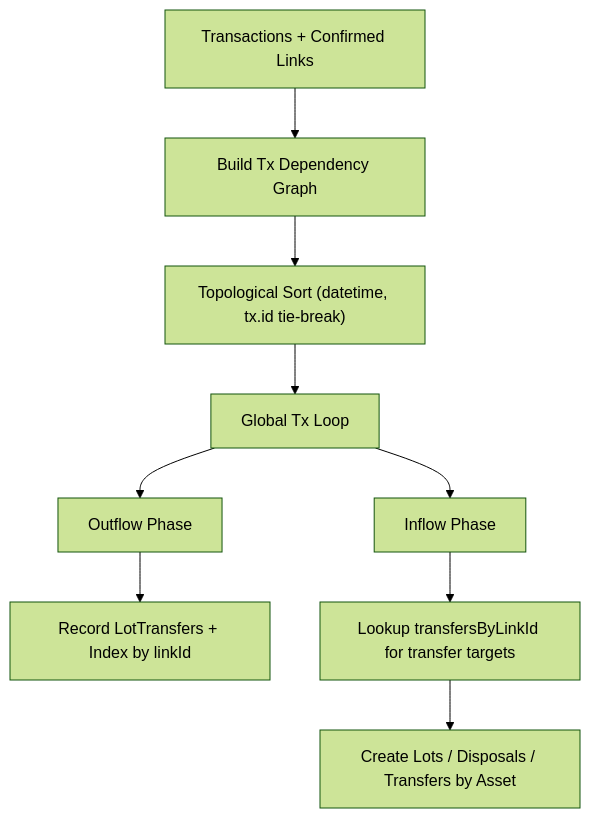
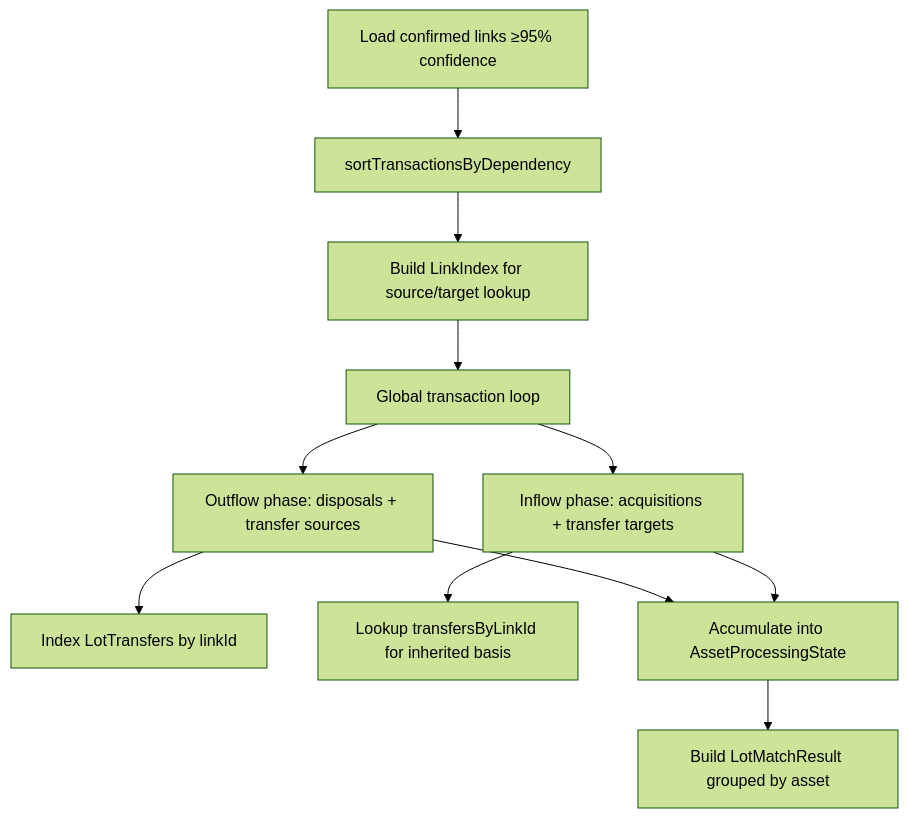
Before and after one commit to jbelanger/exitbook: the diagram in docs/specs/lot-matcher-transaction-dependency-ordering.md, drawn with Mermaid (forest theme). The commit also changed other lines of this file, not shown here.

First line of the commit message:
docs(lot-matcher): mark transaction dependency ordering spec as implemented

````diff
--- a/docs/specs/lot-matcher-transaction-dependency-ordering.md
+++ b/docs/specs/lot-matcher-transaction-dependency-ordering.md
@@ -155,11 +74,12 @@
 ```mermaid
 graph TD
-    A["Transactions + Confirmed Links"] --> B["Build Tx Dependency Graph"]
-    B --> C["Topological Sort (datetime, tx.id tie-break)"]
-    C --> D["Global Tx Loop"]
-    D --> E["Outflow Phase"]
-    E --> F["Record LotTransfers + Index by linkId"]
-    D --> G["Inflow Phase"]
-    G --> H["Lookup transfersByLinkId for transfer targets"]
-    H --> I["Create Lots / Disposals / Transfers by Asset"]
+    A[Load confirmed links ≥95% confidence] --> B[sortTransactionsByDependency]
+    B --> C[Build LinkIndex for source/target lookup]
+    C --> D[Global transaction loop]
+    D --> E[Outflow phase: disposals + transfer sources]
+    E --> F[Index LotTransfers by linkId]
+    D --> G[Inflow phase: acquisitions + transfer targets]
+    G --> H[Lookup transfersByLinkId for inherited basis]
+    E & G --> I[Accumulate into AssetProcessingState]
+    I --> J[Build LotMatchResult grouped by asset]
 ```
````
